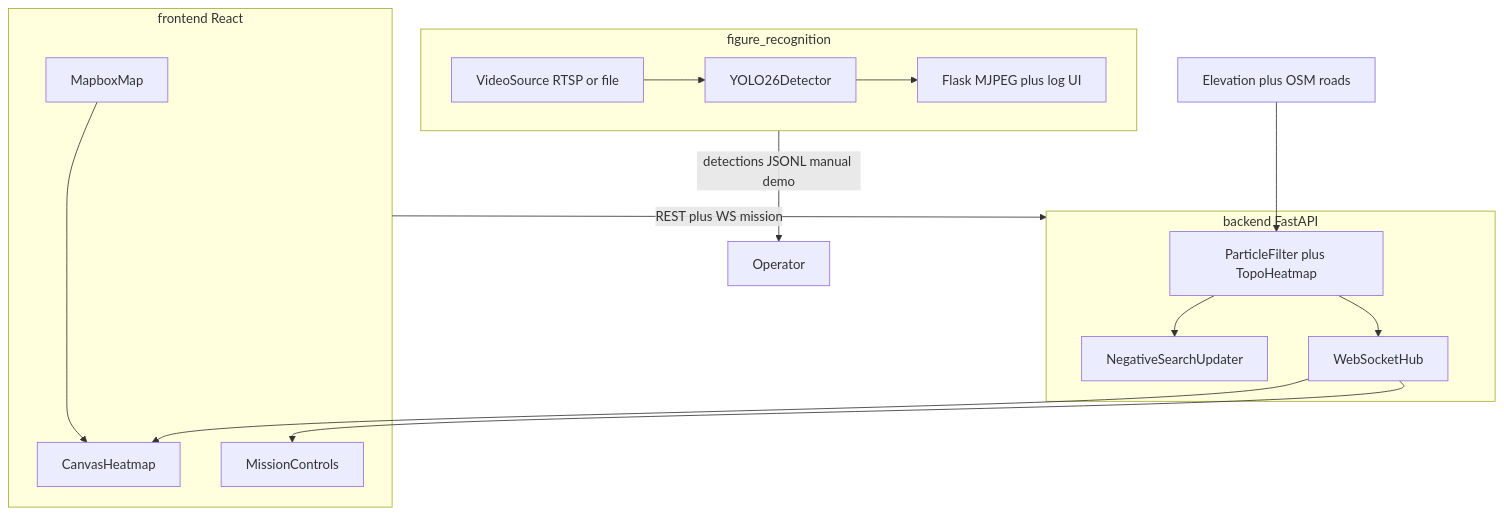
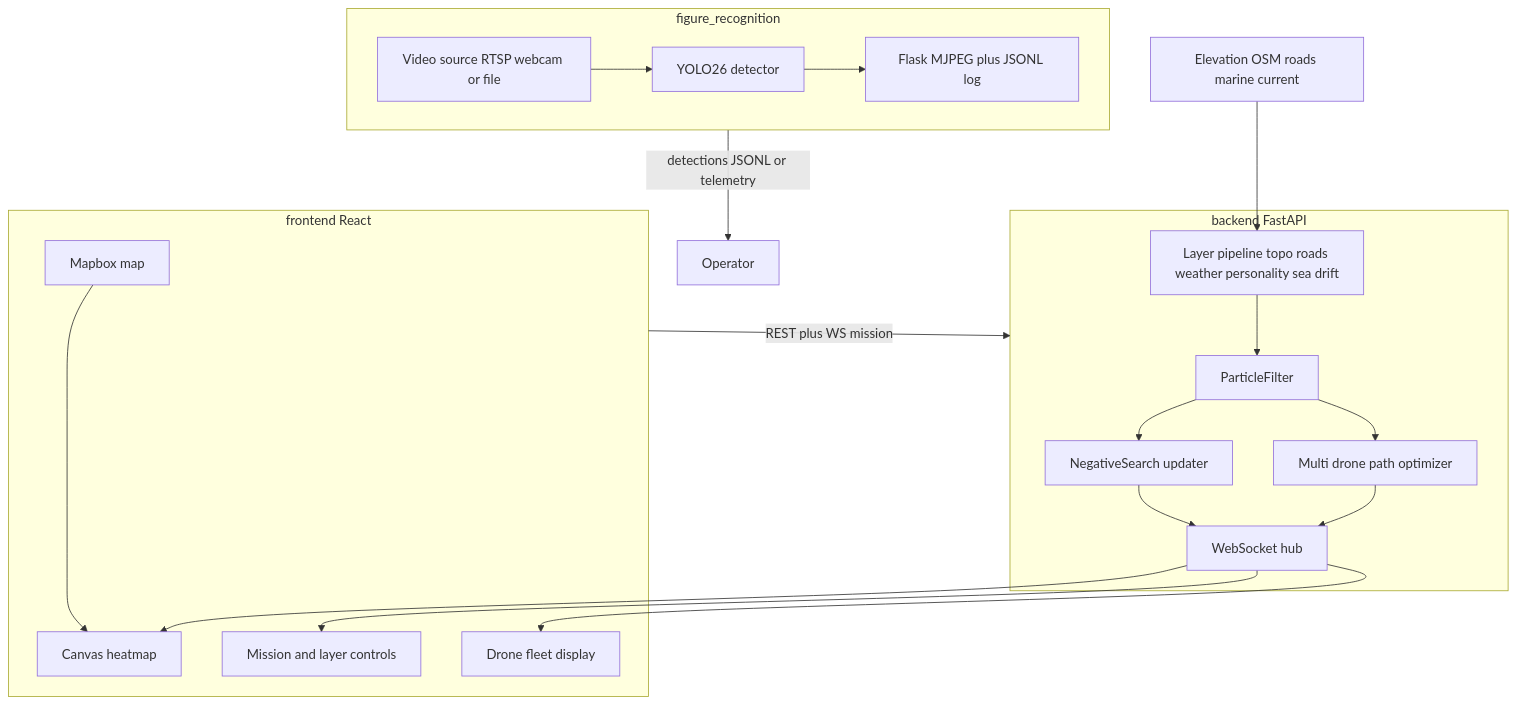
One commit to eden-avidan/CSHACK-2026-LKP changed the diagram in README.md. Above: the diagram before and after it, drawn with Mermaid. The commit also changed other lines of this file, not shown here.

First line of the commit message:
README: reflect current capabilities and flow

````diff
--- a/README.md
+++ b/README.md
@@ -36,31 +37,34 @@
 ```mermaid
 flowchart TB
     subgraph drone [figure_recognition]
-        Video[VideoSource RTSP or file]
-        YOLO[YOLO26Detector]
-        FlaskUI[Flask MJPEG plus log UI]
-        Video --> YOLO
-        YOLO --> FlaskUI
+        Video[Video source RTSP webcam or file]
+        YOLO[YOLO26 detector]
+        FlaskUI[Flask MJPEG plus JSONL log]
+        Video --> YOLO --> FlaskUI
     end
 
     subgraph backend_svc [backend FastAPI]
-        PF[ParticleFilter plus TopoHeatmap]
-        NS[NegativeSearchUpdater]
-        WS[WebSocketHub]
-        PF --> NS
-        PF --> WS
+        PF[ParticleFilter]
+        Layers[Layer pipeline topo roads weather personality sea drift]
+        NS[NegativeSearch updater]
+        Path[Multi drone path optimizer]
+        WS[WebSocket hub]
+        Layers --> PF --> NS --> WS
+        PF --> Path --> WS
     end
 
     subgraph frontend_ui [frontend React]
-        Map[MapboxMap]
-        Heat[CanvasHeatmap]
-        Controls[MissionControls]
+        Map[Mapbox map]
+        Heat[Canvas heatmap]
+        Controls[Mission and layer controls]
+        Fleet[Drone fleet display]
         Map --> Heat
         WS --> Heat
         WS --> Controls
+        WS --> Fleet
     end
 
-    EnvData[Elevation plus OSM roads] --> PF
+    EnvData[Elevation OSM roads marine current] --> Layers
     frontend_ui -->|REST plus WS mission| backend_svc
-    drone -->|detections JSONL manual demo| Operator
+    drone -->|detections JSONL or telemetry| Operator
 ```
````
